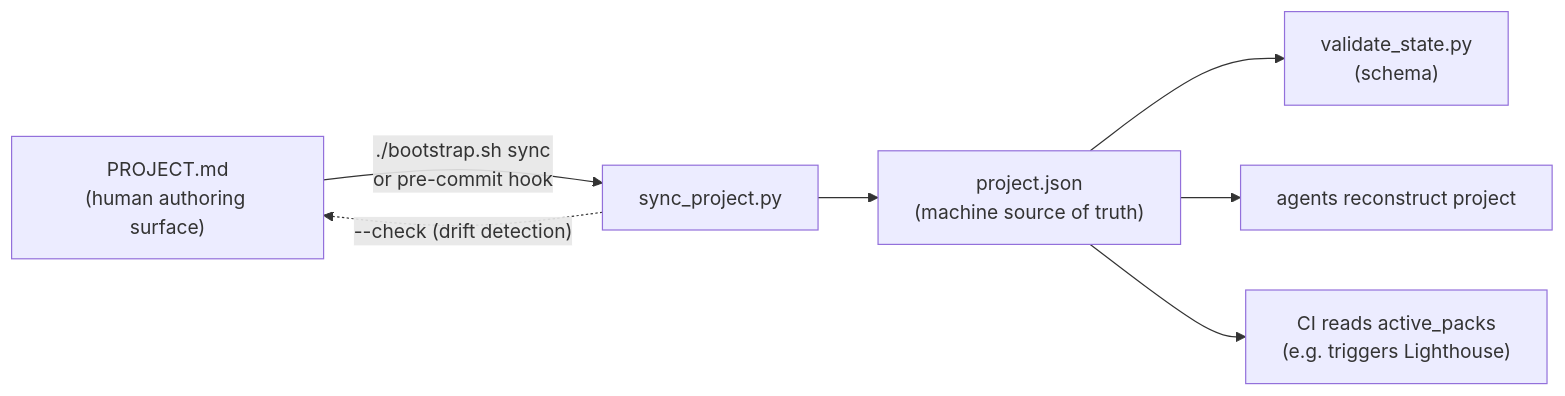
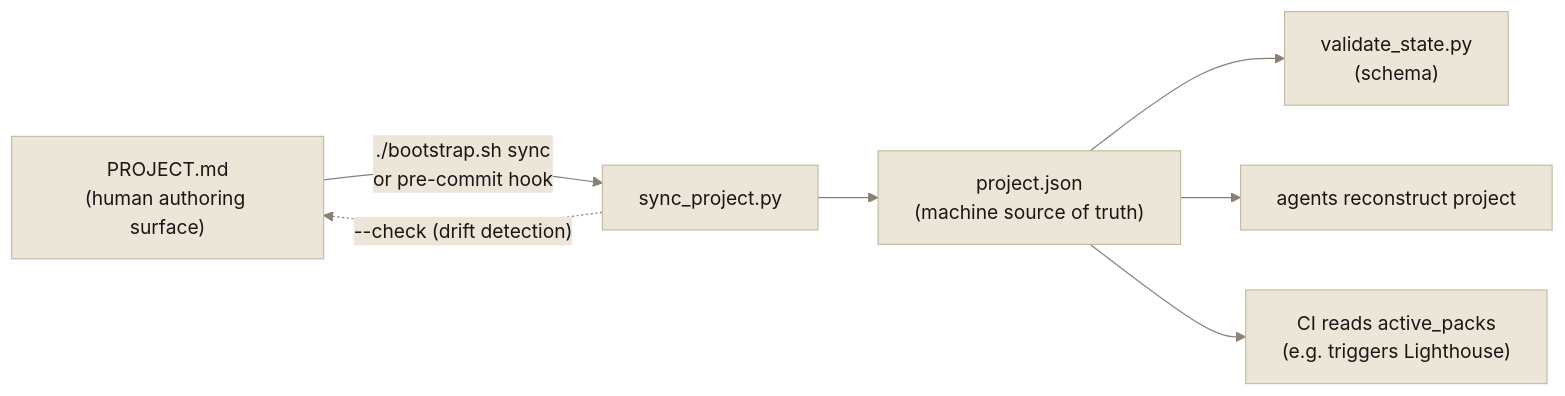
One commit to itsmarcosjreyes/praxis changed the fifth of 6 diagrams in README.md. Above: the diagram before and after it, drawn with Mermaid. The commit also changed other lines of this file and 8 other files, not shown here.

````diff
--- a/README.md
+++ b/README.md
@@ -161,9 +185,10 @@
 ```mermaid
+%%{init: {"theme":"base","themeVariables":{"primaryColor":"#ECE6D9","primaryTextColor":"#1A1714","primaryBorderColor":"#C6BCA6","lineColor":"#8A8174","clusterBkg":"#F3EFE6","clusterBorder":"#C6BCA6","edgeLabelBackground":"#ECE6D9","textColor":"#3A352E"}}}%%
 flowchart LR
     PM["PROJECT.md<br/>(human authoring surface)"] -->|"./bootstrap.sh sync<br/>or pre-commit hook"| SY["sync_project.py"]
     SY --> PJ["project.json<br/>(machine source of truth)"]
     PJ --> V["validate_state.py<br/>(schema)"]
     PJ --> AG["agents reconstruct project"]
     PJ --> CIuse["CI reads active_packs<br/>(e.g. triggers Lighthouse)"]
     SY -. "--check (drift detection)" .-> PM
 ```
````
